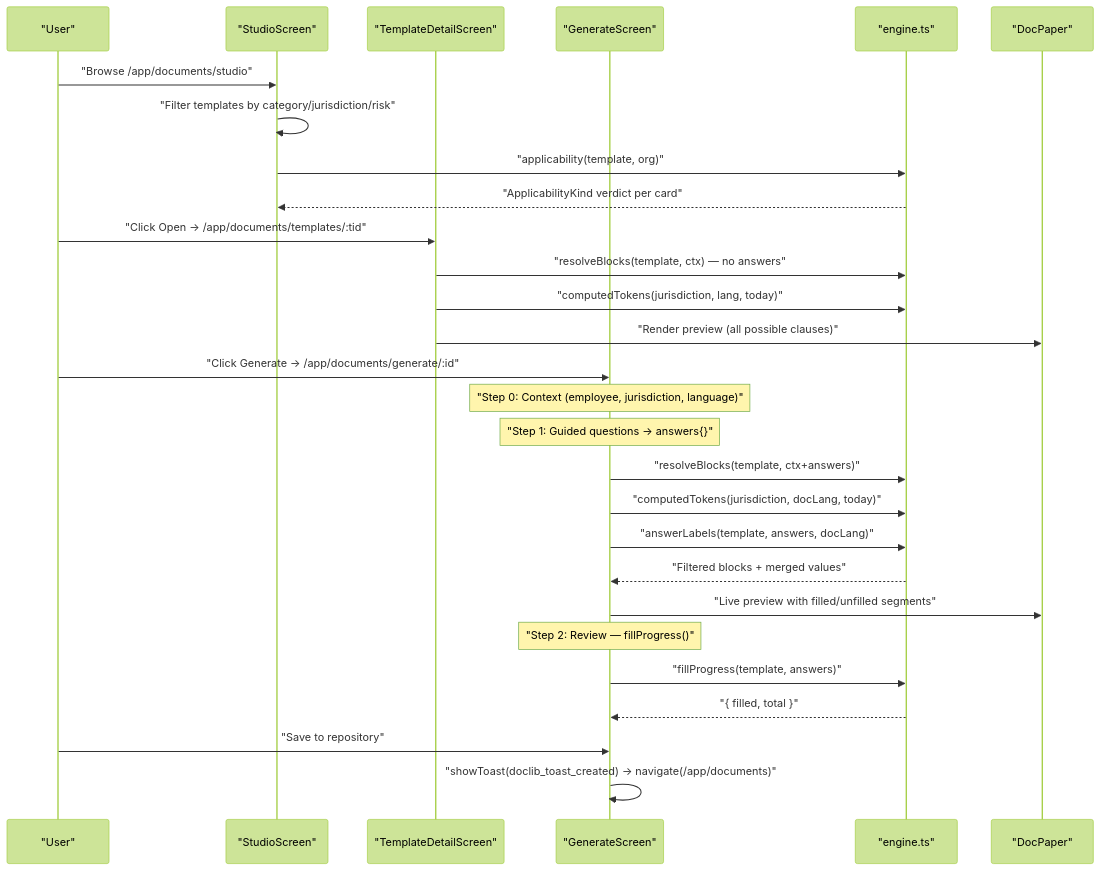
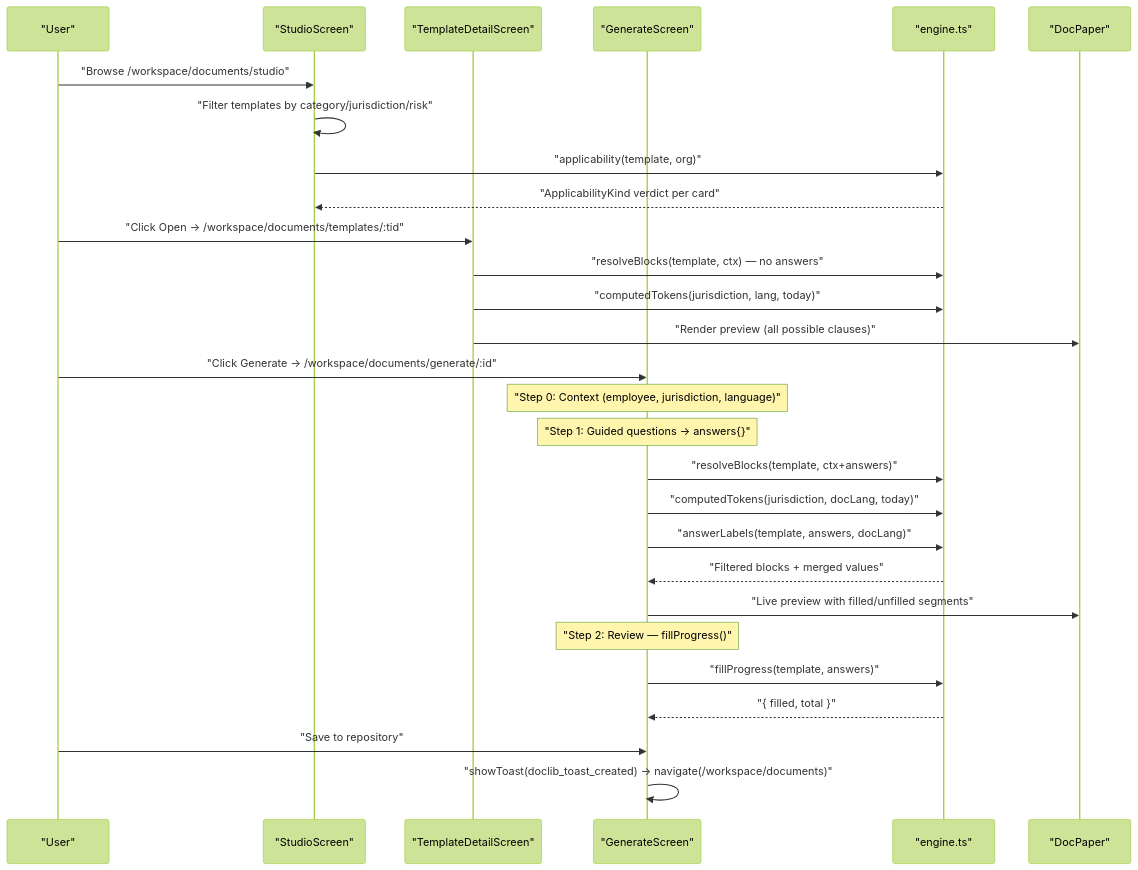
The fifth of 5 diagrams in docs/wiki/Template-Catalogue-Engine.md (Dutiva-Canada/Dutiva_Web), drawn with Mermaid (forest theme) before and after one commit. The commit also changed other lines of this file and 107 other files, not shown here.

````diff
--- a/docs/wiki/Template-Catalogue-Engine.md
+++ b/docs/wiki/Template-Catalogue-Engine.md
@@ -679,36 +679,36 @@
 ```mermaid
 sequenceDiagram
     participant U as "User"
     participant SS as "StudioScreen"
     participant TD as "TemplateDetailScreen"
     participant GS as "GenerateScreen"
     participant E as "engine.ts"
     participant DP as "DocPaper"
 
-    U->>SS: "Browse /app/documents/studio"
+    U->>SS: "Browse /workspace/documents/studio"
     SS->>SS: "Filter templates by category/jurisdiction/risk"
     SS->>E: "applicability(template, org)"
     E-->>SS: "ApplicabilityKind verdict per card"
 
-    U->>TD: "Click Open → /app/documents/templates/:tid"
+    U->>TD: "Click Open → /workspace/documents/templates/:tid"
     TD->>E: "resolveBlocks(template, ctx) — no answers"
     TD->>E: "computedTokens(jurisdiction, lang, today)"
     TD->>DP: "Render preview (all possible clauses)"
 
-    U->>GS: "Click Generate → /app/documents/generate/:id"
+    U->>GS: "Click Generate → /workspace/documents/generate/:id"
     Note over GS: "Step 0: Context (employee, jurisdiction, language)"
     Note over GS: "Step 1: Guided questions → answers{}"
 
     GS->>E: "resolveBlocks(template, ctx+answers)"
     GS->>E: "computedTokens(jurisdiction, docLang, today)"
     GS->>E: "answerLabels(template, answers, docLang)"
     E-->>GS: "Filtered blocks + merged values"
     GS->>DP: "Live preview with filled/unfilled segments"
 
     Note over GS: "Step 2: Review — fillProgress()"
     GS->>E: "fillProgress(template, answers)"
     E-->>GS: "{ filled, total }"
 
     U->>GS: "Save to repository"
-    GS->>GS: "showToast(doclib_toast_created) → navigate(/app/documents)"
+    GS->>GS: "showToast(doclib_toast_created) → navigate(/workspace/documents)"
 ```
````
